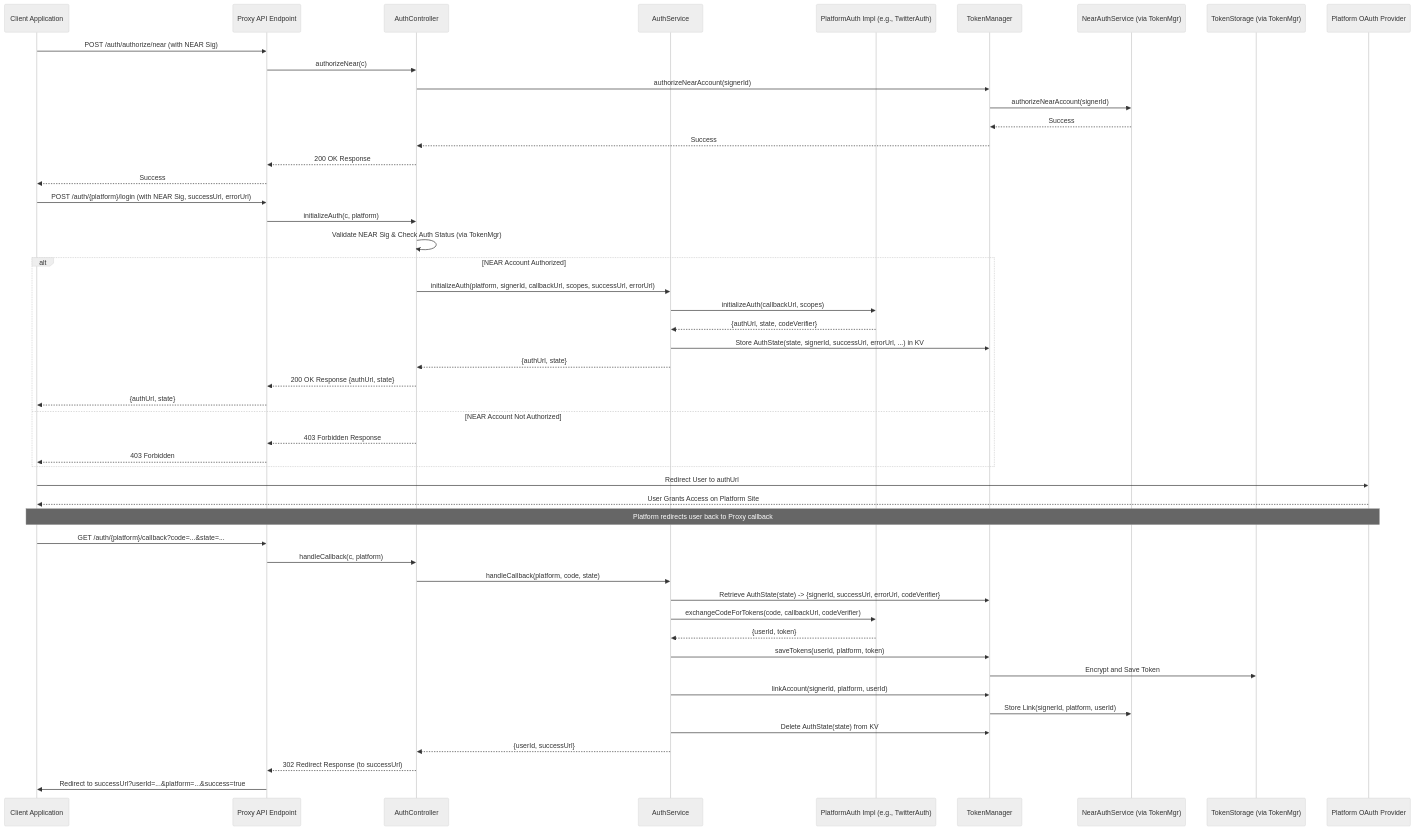
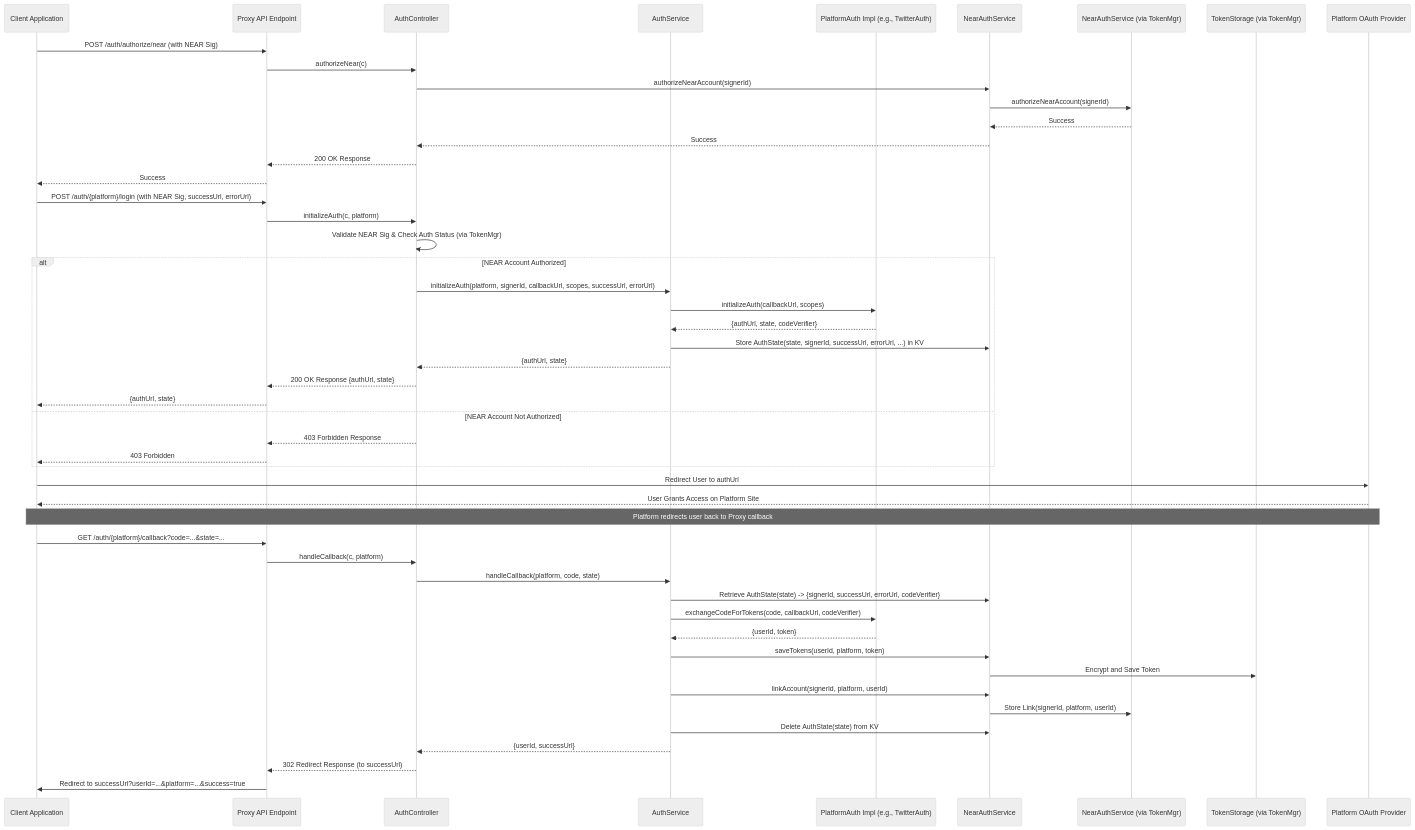
One commit to open-crosspost/open-crosspost-proxy-service changed the first of 2 diagrams in docs/authentication-flow.md. Above: the diagram before and after it, drawn with Mermaid (neutral theme). The commit also changed other lines of this file and 77 other files, not shown here.

````diff
--- a/docs/authentication-flow.md
+++ b/docs/authentication-flow.md
@@ -9,60 +11,60 @@
 ```mermaid
 sequenceDiagram
     participant ClientApp as Client Application
     participant ProxyAPI as Proxy API Endpoint
     participant AuthCtrl as AuthController
     participant AuthSvc as AuthService
     participant PlatformAuth as PlatformAuth Impl (e.g., TwitterAuth)
-    participant TokenMgr as TokenManager
+    participant TokenMgr as NearAuthService
     participant NearAuthSvc as NearAuthService (via TokenMgr)
     participant TokenStore as TokenStorage (via TokenMgr)
     participant PlatformOAuth as Platform OAuth Provider
 
     %% Step 1: Authorize NEAR Account %%
     ClientApp->>ProxyAPI: POST /auth/authorize/near (with NEAR Sig)
     ProxyAPI->>AuthCtrl: authorizeNear(c)
     AuthCtrl->>TokenMgr: authorizeNearAccount(signerId)
     TokenMgr->>NearAuthSvc: authorizeNearAccount(signerId)
     NearAuthSvc-->>TokenMgr: Success
     TokenMgr-->>AuthCtrl: Success
     AuthCtrl-->>ProxyAPI: 200 OK Response
     ProxyAPI-->>ClientApp: Success
 
     %% Step 2: Initiate Platform Linking %%
     ClientApp->>ProxyAPI: POST /auth/{platform}/login (with NEAR Sig, successUrl, errorUrl)
     ProxyAPI->>AuthCtrl: initializeAuth(c, platform)
     AuthCtrl->>AuthCtrl: Validate NEAR Sig & Check Auth Status (via TokenMgr)
     alt NEAR Account Authorized
         AuthCtrl->>AuthSvc: initializeAuth(platform, signerId, callbackUrl, scopes, successUrl, errorUrl)
         AuthSvc->>PlatformAuth: initializeAuth(callbackUrl, scopes)
         PlatformAuth-->>AuthSvc: {authUrl, state, codeVerifier}
         AuthSvc->>TokenMgr: Store AuthState(state, signerId, successUrl, errorUrl, ...) in KV
         AuthSvc-->>AuthCtrl: {authUrl, state}
         AuthCtrl-->>ProxyAPI: 200 OK Response {authUrl, state}
         ProxyAPI-->>ClientApp: {authUrl, state}
     else NEAR Account Not Authorized
         AuthCtrl-->>ProxyAPI: 403 Forbidden Response
         ProxyAPI-->>ClientApp: 403 Forbidden
     end
 
     %% Step 3: User Authorizes on Platform %%
     ClientApp->>PlatformOAuth: Redirect User to authUrl
     PlatformOAuth-->>ClientApp: User Grants Access on Platform Site
     Note over PlatformOAuth, ClientApp: Platform redirects user back to Proxy callback
 
     %% Step 4: Handle Platform Callback & Link Account %%
     ClientApp->>ProxyAPI: GET /auth/{platform}/callback?code=...&state=...
     ProxyAPI->>AuthCtrl: handleCallback(c, platform)
     AuthCtrl->>AuthSvc: handleCallback(platform, code, state)
     AuthSvc->>TokenMgr: Retrieve AuthState(state) -> {signerId, successUrl, errorUrl, codeVerifier}
     AuthSvc->>PlatformAuth: exchangeCodeForTokens(code, callbackUrl, codeVerifier)
     PlatformAuth-->>AuthSvc: {userId, token}
     AuthSvc->>TokenMgr: saveTokens(userId, platform, token)
     TokenMgr->>TokenStore: Encrypt and Save Token
     AuthSvc->>TokenMgr: linkAccount(signerId, platform, userId)
     TokenMgr->>NearAuthSvc: Store Link(signerId, platform, userId)
     AuthSvc->>TokenMgr: Delete AuthState(state) from KV
     AuthSvc-->>AuthCtrl: {userId, successUrl}
     AuthCtrl-->>ProxyAPI: 302 Redirect Response (to successUrl)
     ProxyAPI->>ClientApp: Redirect to successUrl?userId=...&platform=...&success=true
 ```
````
